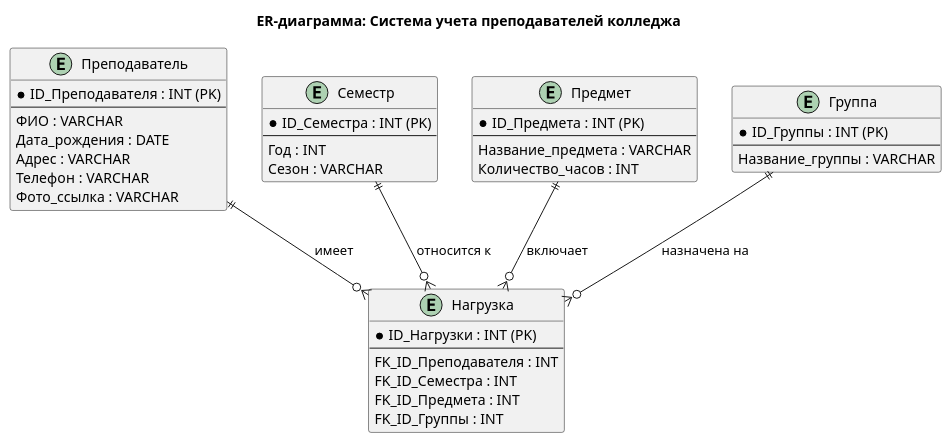
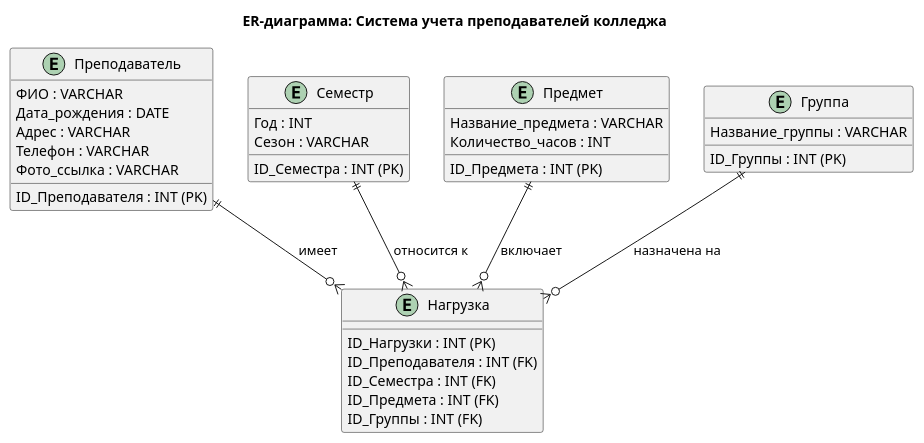
One commit to vin327/a changed the seventh of 7 diagrams in README.md. Above: the diagram before and after it, drawn with PlantUML. The commit also changed other lines of this file, not shown here.

````diff
--- a/README.md
+++ b/README.md
@@ -960,50 +1220,44 @@
 ```plantuml
 @startuml
 title ER-диаграмма: Система учета преподавателей колледжа
 
 entity "Преподаватель" as teacher {
-  * ID_Преподавателя : INT (PK)
-  --
-  ФИО : VARCHAR
-  Дата_рождения : DATE
-  Адрес : VARCHAR
-  Телефон : VARCHAR
-  Фото_ссылка : VARCHAR
+    ID_Преподавателя : INT (PK)
+    ФИО : VARCHAR
+    Дата_рождения : DATE
+    Адрес : VARCHAR
+    Телефон : VARCHAR
+    Фото_ссылка : VARCHAR
 }
 
 entity "Семестр" as semester {
-  * ID_Семестра : INT (PK)
-  --
-  Год : INT
-  Сезон : VARCHAR
+    ID_Семестра : INT (PK)
+    Год : INT
+    Сезон : VARCHAR
 }
 
 entity "Предмет" as subject {
-  * ID_Предмета : INT (PK)
-  --
-  Название_предмета : VARCHAR
-  Количество_часов : INT
+    ID_Предмета : INT (PK)
+    Название_предмета : VARCHAR
+    Количество_часов : INT
 }
 
 entity "Группа" as group {
-  * ID_Группы : INT (PK)
-  --
-  Название_группы : VARCHAR
+    ID_Группы : INT (PK)
+    Название_группы : VARCHAR
 }
 
 entity "Нагрузка" as workload {
-  * ID_Нагрузки : INT (PK)
-  --
-  FK_ID_Преподавателя : INT
-  FK_ID_Семестра : INT
-  FK_ID_Предмета : INT
-  FK_ID_Группы : INT
+    ID_Нагрузки : INT (PK)
+    ID_Преподавателя : INT (FK)
+    ID_Семестра : INT (FK)
+    ID_Предмета : INT (FK)
+    ID_Группы : INT (FK)
 }
 
 teacher ||--o{ workload : "имеет"
 semester ||--o{ workload : "относится к"
 subject ||--o{ workload : "включает"
 group ||--o{ workload : "назначена на"
-
 @enduml
 ```
````
